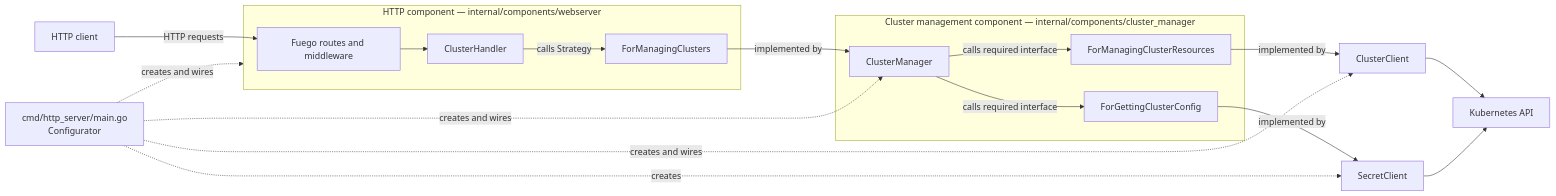
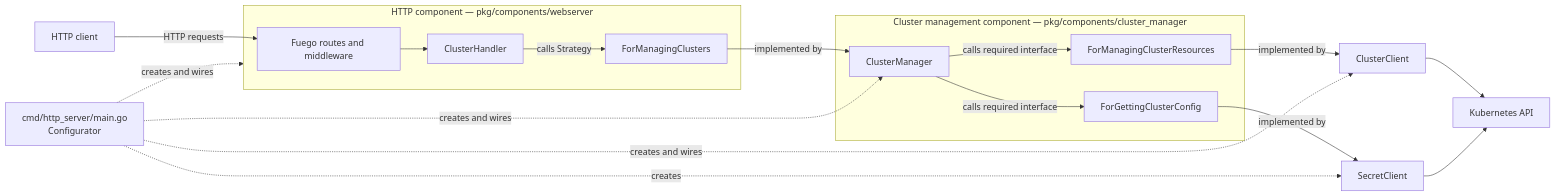
The diagram in architecture.md (vatesfr/vmk-engine), drawn with Mermaid before and after one commit. The commit also changed other lines of this file and 22 other files, not shown here.

````diff
--- a/architecture.md
+++ b/architecture.md
@@ -53,28 +53,28 @@
 ```mermaid
 flowchart LR
     client[HTTP client] -->|HTTP requests| fuego[Fuego routes and middleware]
 
-    subgraph http[HTTP component — internal/components/webserver]
+    subgraph http[HTTP component — pkg/components/webserver]
         fuego --> handlers[ClusterHandler]
         handlers -->|calls Strategy| port[ForManagingClusters]
     end
 
-    subgraph clustercomponent[Cluster management component — internal/components/cluster_manager]
+    subgraph clustercomponent[Cluster management component — pkg/components/cluster_manager]
         manager[ClusterManager]
         clusterport[ForManagingClusterResources]
         configport[ForGettingClusterConfig]
         manager -->|calls required interface| clusterport
         manager -->|calls required interface| configport
     end
 
     port -->|implemented by| manager
     clusterport -->|implemented by| clusters[ClusterClient]
     configport -->|implemented by| secrets[SecretClient]
     clusters --> api[Kubernetes API]
     secrets --> api
 
     configurator[cmd/http_server/main.go\nConfigurator] -. creates and wires .-> http
     configurator -. creates and wires .-> manager
     configurator -. creates and wires .-> clusters
     configurator -. creates .-> secrets
 ```
````
